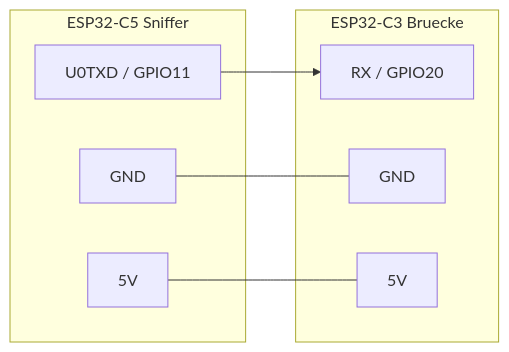
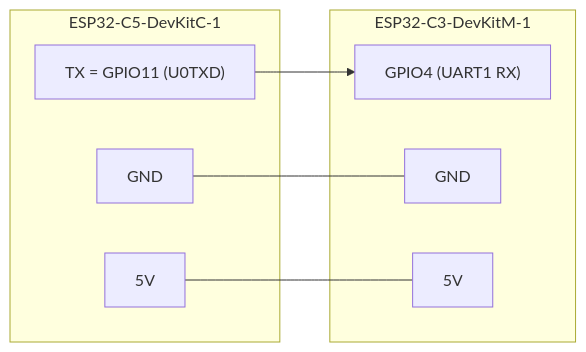
One commit to icepaule/Ice-Traffic-Data changed the diagram in docs/03-verdrahtung.md. Above: the diagram before and after it, drawn with Mermaid. The commit also changed other lines of this file and 26 other files, not shown here.

Commit message:
Decoder (CAM/DENM/SPATEM/MAPEM), Firmware-Patch DevKitM-1, Antennen- und LoRa-Analyse, Heimserver-Entwurf

````diff
--- a/docs/03-verdrahtung.md
+++ b/docs/03-verdrahtung.md
@@ -3,16 +3,16 @@
 ```mermaid
 flowchart LR
-    subgraph C5[ESP32-C5 Sniffer]
-      C5TX["U0TXD / GPIO11"]
+    subgraph C5["ESP32-C5-DevKitC-1"]
+      C5TX["TX = GPIO11 (U0TXD)"]
       C5G[GND]
       C55V[5V]
     end
-    subgraph C3[ESP32-C3 Bruecke]
-      C3RX["RX / GPIO20"]
+    subgraph C3["ESP32-C3-DevKitM-1"]
+      C3RX["GPIO4 (UART1 RX)"]
       C3G[GND]
-      C35V[5V]
+      C35V["5V"]
     end
     C5TX --> C3RX
     C5G --- C3G
     C55V --- C35V
 ```
````
